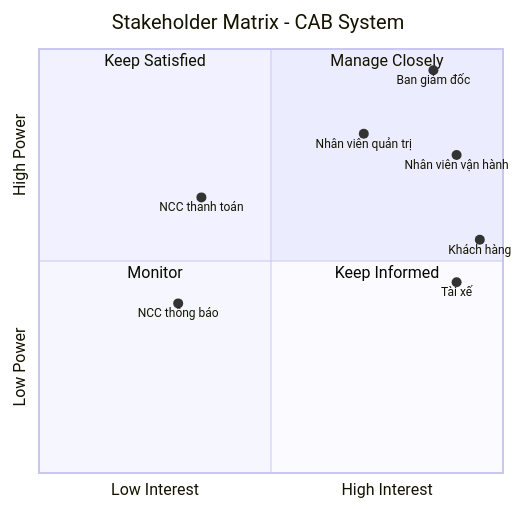
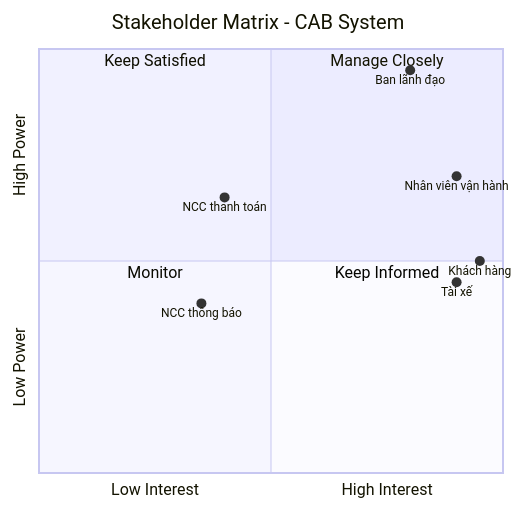
One commit to nthaitoan05/23720891_NguyenThaiToan_CABSYSTEM changed the first of 4 diagrams in srs.md. Above: the diagram before and after it, drawn with Mermaid. The commit also changed other lines of this file, not shown here.

````diff
--- a/srs.md
+++ b/srs.md
@@ -14,19 +23,18 @@
 ```mermaid
 quadrantChart
     title Stakeholder Matrix - CAB System
     x-axis Low Interest --> High Interest
     y-axis Low Power --> High Power
 
     quadrant-1 Manage Closely
     quadrant-2 Keep Satisfied
     quadrant-3 Monitor
     quadrant-4 Keep Informed
 
-    "Ban giám đốc": [0.85, 0.95]
-    "Nhân viên vận hành": [0.90, 0.75]
-    "Khách hàng": [0.95, 0.55]
+    "Ban lãnh đạo": [0.80, 0.95]
+    "Nhân viên vận hành": [0.90, 0.70]
+    "Khách hàng": [0.95, 0.50]
     "Tài xế": [0.90, 0.45]
-    "Nhân viên quản trị": [0.70, 0.80]
-    "NCC thanh toán": [0.35, 0.65]
-    "NCC thông báo": [0.30, 0.40]
+    "NCC thanh toán": [0.40, 0.65]
+    "NCC thông báo": [0.35, 0.40]
 ```
````
